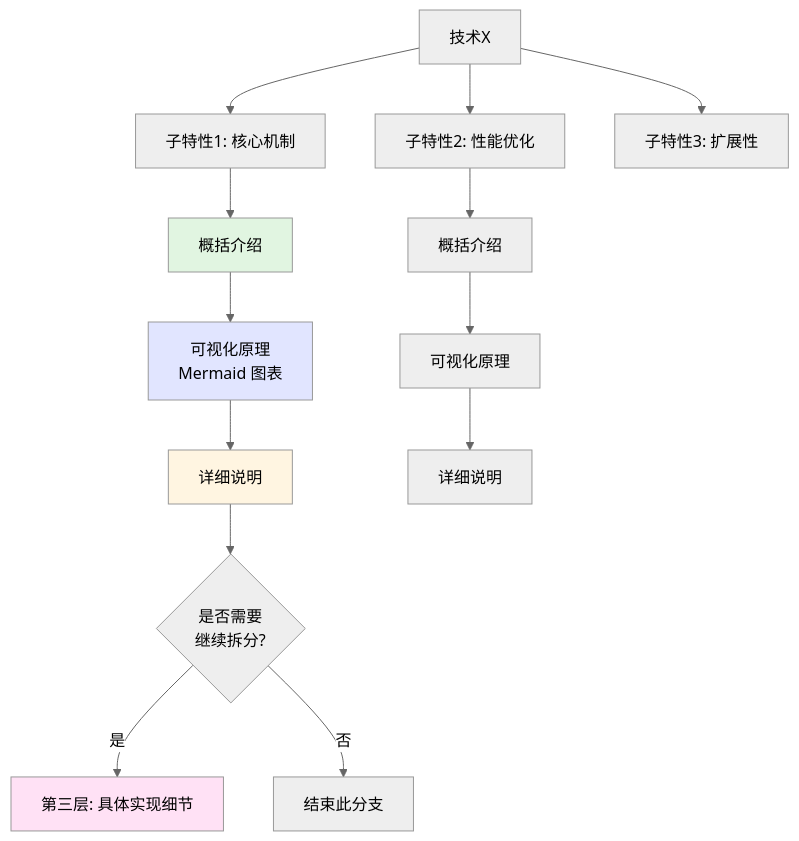
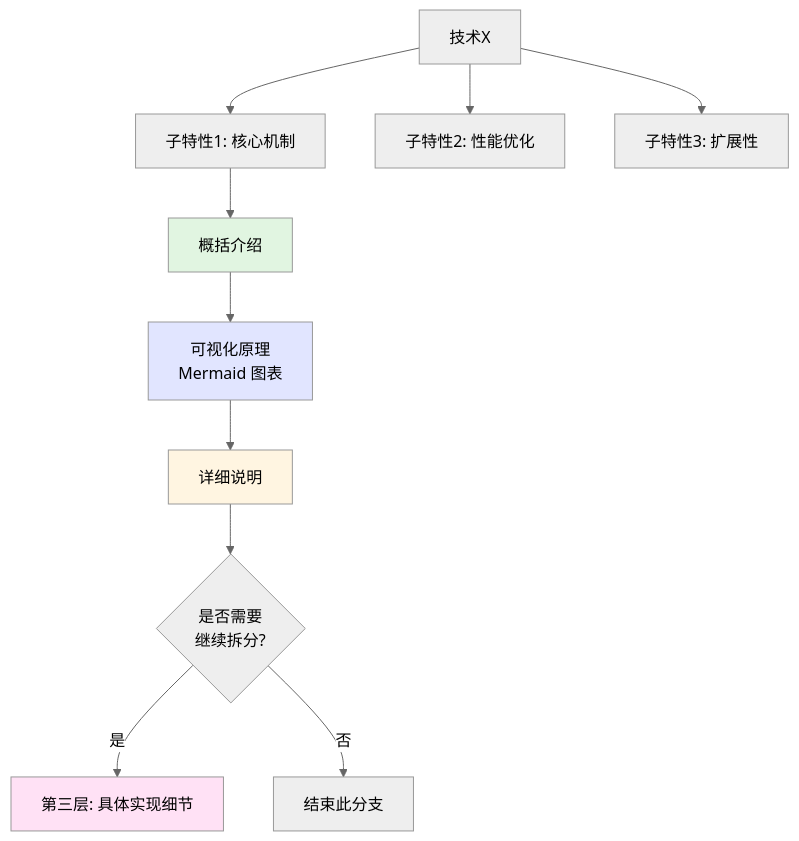
Before and after one commit to JIA-ss/agents: the third of 4 diagrams in agents/research.md, drawn with Mermaid (neutral theme). The commit also changed other lines of this file and 4 other files, not shown here.

````diff
--- a/agents/research.md
+++ b/agents/research.md
@@ -254,22 +118,18 @@
 ```mermaid
 graph TD
     A[技术X] --> B[子特性1: 核心机制]
     A --> C[子特性2: 性能优化]
     A --> D[子特性3: 扩展性]
 
     B --> B1[概括介绍]
     B1 --> B2[可视化原理<br/>Mermaid 图表]
     B2 --> B3[详细说明]
     B3 --> B4{是否需要<br/>继续拆分?}
     B4 -->|是| B5[第三层: 具体实现细节]
     B4 -->|否| B6[结束此分支]
 
-    C --> C1[概括介绍]
-    C1 --> C2[可视化原理]
-    C2 --> C3[详细说明]
-
     style B1 fill:#e1f5e1
     style B2 fill:#e1e5ff
     style B3 fill:#fff5e1
     style B5 fill:#ffe1f5
 ```
````
